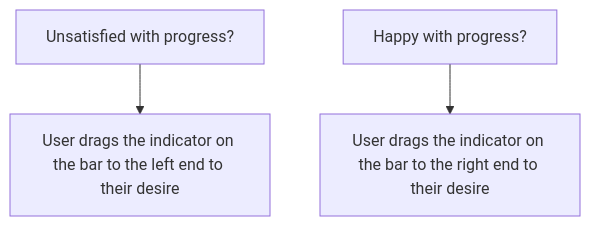
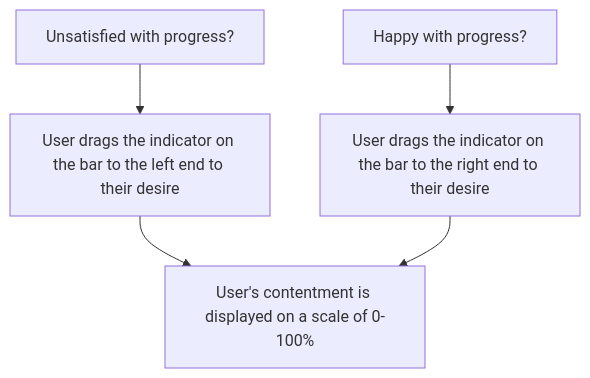
One commit to tannneer/CS326-GroupProject changed the diagram in team/m3/nicole-dsouza/feature-sequence-diagram.md. Above: the diagram before and after it, drawn with Mermaid.

````diff
--- a/team/m3/nicole-dsouza/feature-sequence-diagram.md
+++ b/team/m3/nicole-dsouza/feature-sequence-diagram.md
@@ -6,5 +6,7 @@
 ```mermaid
 flowchart TD;
     A[Unsatisfied with progress?] --> B[User drags the indicator on the bar to the left end to their desire];
     C[Happy with progress?] --> D[User drags the indicator on the bar to the right end to their desire];
+    B --> E[User's contentment is displayed on a scale of 0-100%]
+    D --> E[User's contentment is displayed on a scale of 0-100%]
 ```
````
